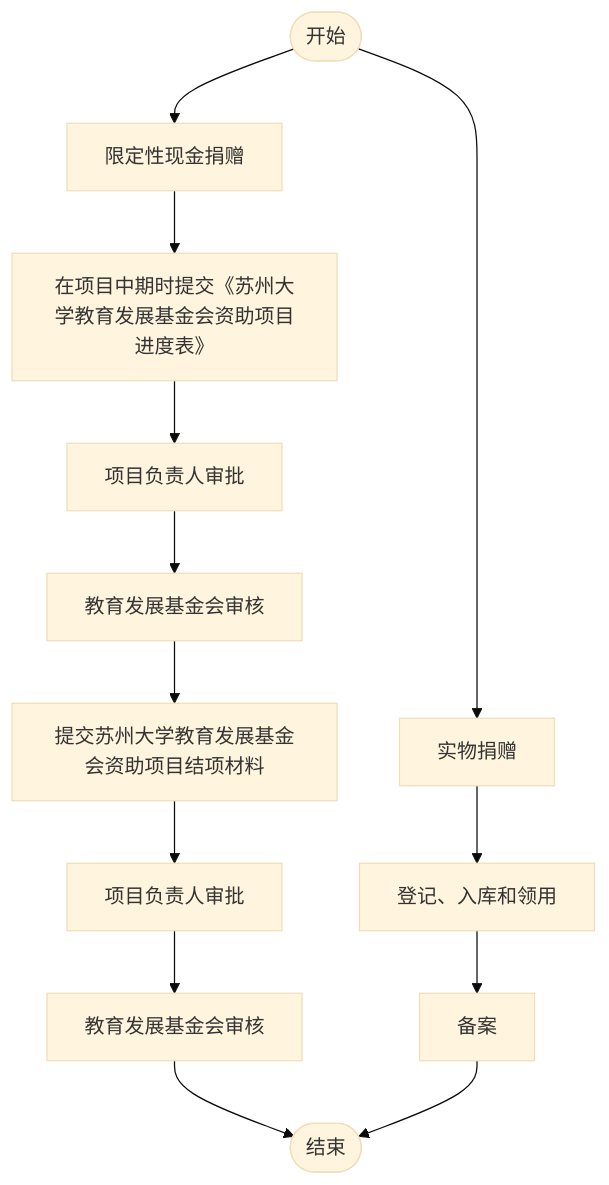
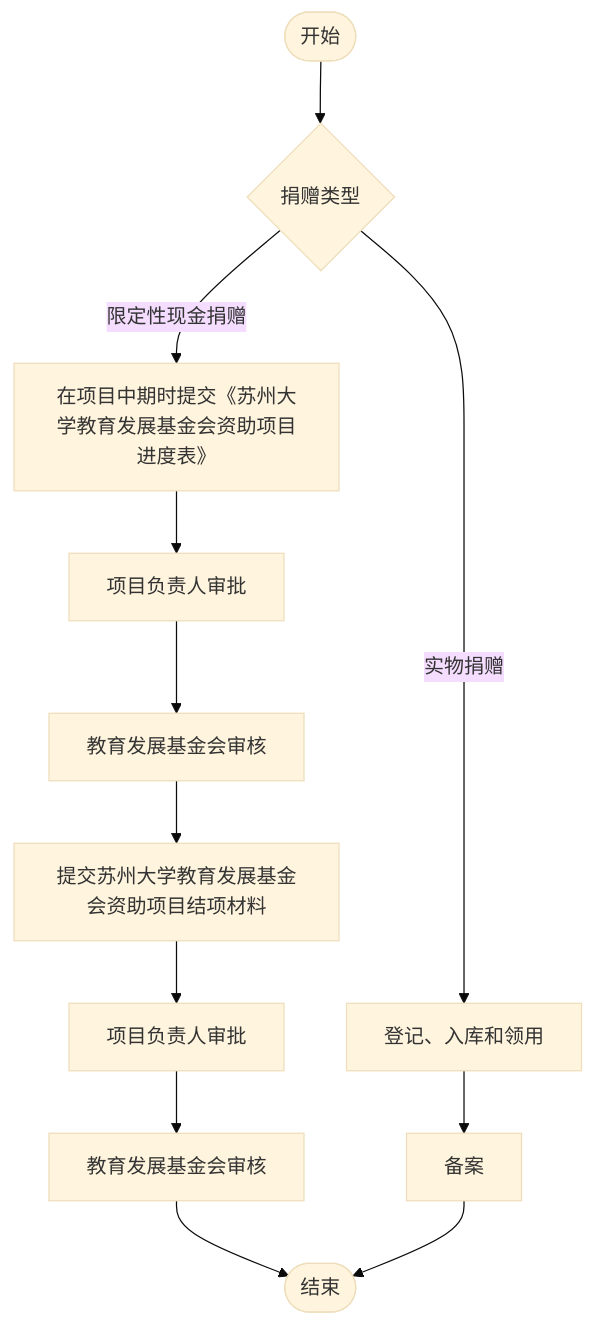
Before and after one commit to AmyIvan/work1: the diagram in outline2flow/mmd_outputs/page_14.mmd, drawn with Mermaid (base theme). The commit also changed 138 other files, not shown here.

```diff
--- a/outline2flow/mmd_outputs/page_14.mmd
+++ b/outline2flow/mmd_outputs/page_14.mmd
@@ -1,13 +1,12 @@
 flowchart TD
-    Start(["开始"]) --> A[限定性现金捐赠]
-    A --> B[在项目中期时提交《苏州大学教育发展基金会资助项目进度表》]
+    Start([开始]) --> A{捐赠类型}
+    A -->|限定性现金捐赠| B[在项目中期时提交《苏州大学教育发展基金会资助项目进度表》]
     B --> C[项目负责人审批]
     C --> D[教育发展基金会审核]
     D --> E[提交苏州大学教育发展基金会资助项目结项材料]
     E --> F[项目负责人审批]
     F --> G[教育发展基金会审核]
-    Start --> H[实物捐赠]
-    H --> I[登记、入库和领用]
-    I --> J[备案]
-    G --> End(["结束"])
-    J --> End(["结束"])
+    G --> End([结束])
+    A -->|实物捐赠| H[登记、入库和领用]
+    H --> I[备案]
+    I --> End([结束])
```
